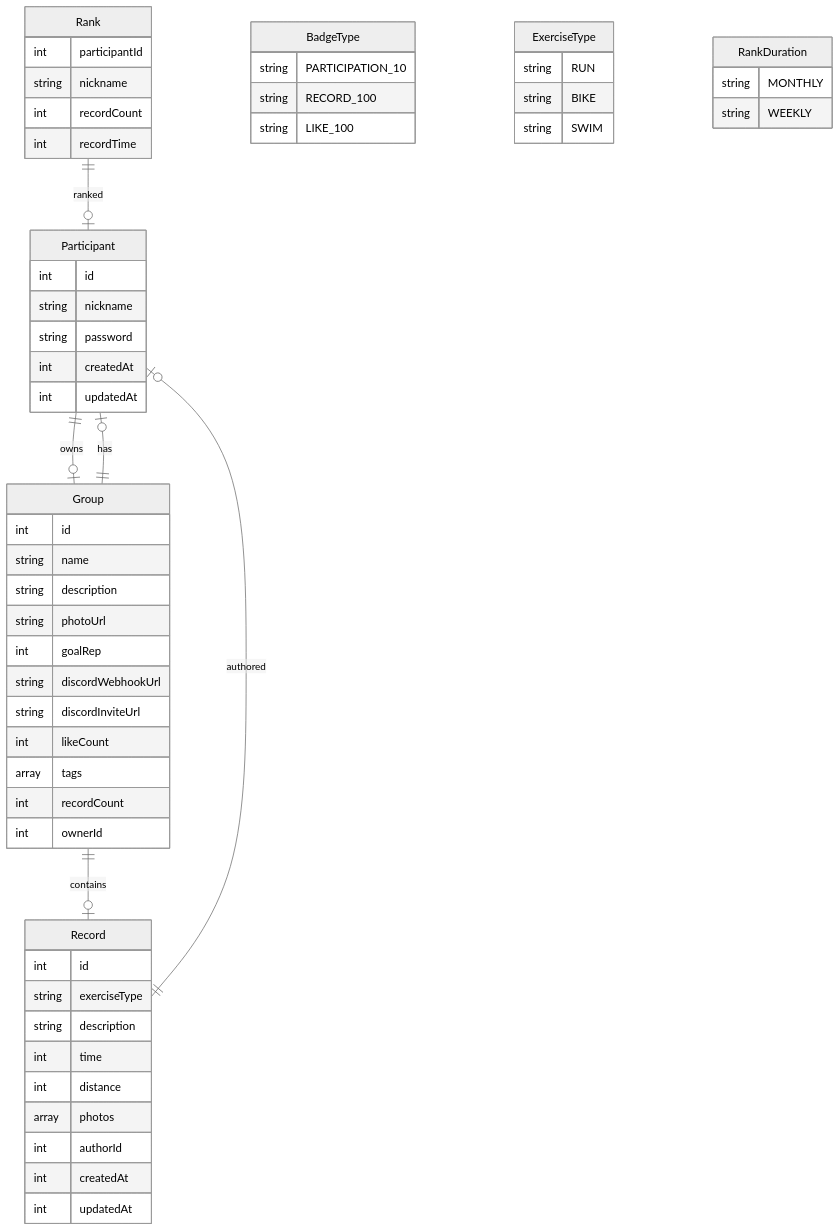
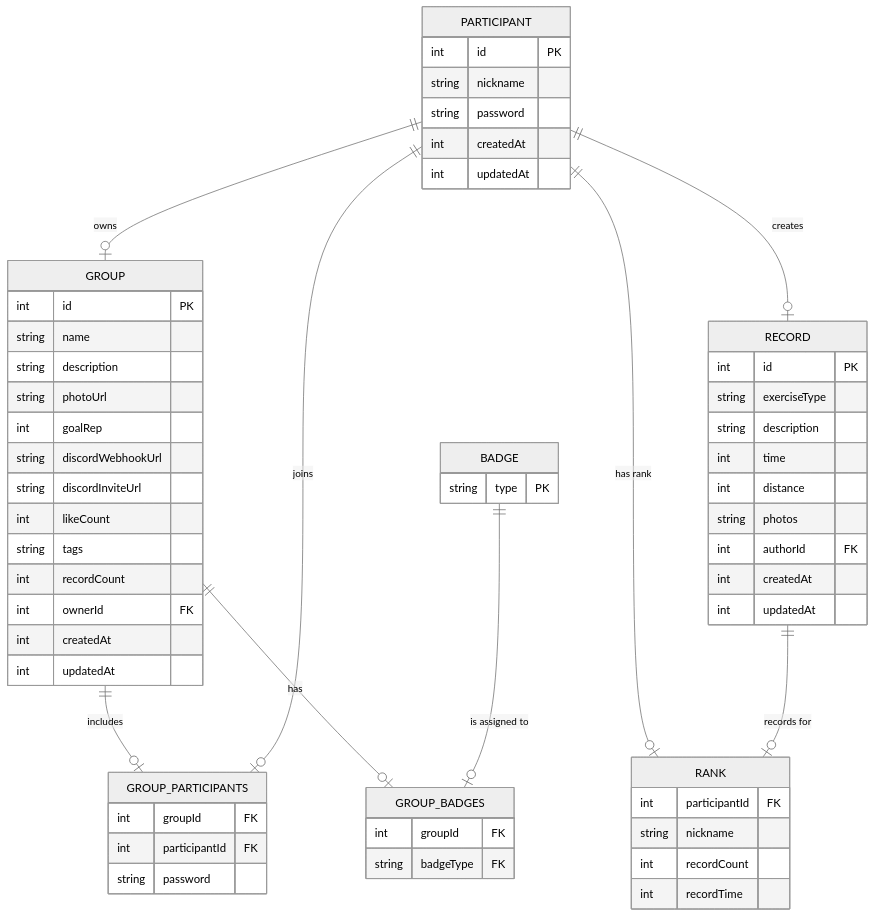
The diagram in README.md (funfungun/mermaid), drawn with Mermaid (neutral theme) before and after one commit.

````diff
--- a/README.md
+++ b/README.md
@@ -1,66 +1,69 @@
 ```mermaid
 erDiagram
-    Participant {
-        int id
+    PARTICIPANT {
+        int id PK
         string nickname
         string password
         int createdAt
         int updatedAt
     }
 
-    Group {
-        int id
+    GROUP {
+        int id PK
         string name
         string description
         string photoUrl
         int goalRep
         string discordWebhookUrl
         string discordInviteUrl
         int likeCount
-        array tags
+        string tags
         int recordCount
-        int ownerId
+        int ownerId FK
+        int createdAt
+        int updatedAt
     }
 
-    Record {
-        int id
+    GROUP_PARTICIPANTS {
+        int groupId FK
+        int participantId FK
+        string password
+    }
+
+    BADGE {
+        string type PK
+    }
+
+    GROUP_BADGES {
+        int groupId FK
+        string badgeType FK
+    }
+
+    RECORD {
+        int id PK
         string exerciseType
         string description
         int time
         int distance
-        array photos
-        int authorId
+        string photos
+        int authorId FK
         int createdAt
         int updatedAt
     }
 
-    Rank {
-        int participantId
+    RANK {
+        int participantId FK
         string nickname
         int recordCount
         int recordTime
     }
 
-    Participant ||--o| Group : owns
-    Group ||--o| Participant : has
-    Group ||--o| Record : contains
-    Record ||--o| Participant : authored
-    Rank ||--o| Participant : ranked
-
-    BadgeType {
-        string PARTICIPATION_10
-        string RECORD_100
-        string LIKE_100
-    }
-
-    ExerciseType {
-        string RUN
-        string BIKE
-        string SWIM
-    }
-
-    RankDuration {
-        string MONTHLY
-        string WEEKLY
-    }
+    PARTICIPANT ||--o| GROUP : "owns"
+    PARTICIPANT ||--o| RECORD : "creates"
+    GROUP ||--o| GROUP_PARTICIPANTS : "includes"
+    PARTICIPANT ||--o| GROUP_PARTICIPANTS : "joins"
+    GROUP ||--o| GROUP_BADGES : "has"
+    BADGE ||--o| GROUP_BADGES : "is assigned to"
+    PARTICIPANT ||--o| RANK : "has rank"
+    RECORD ||--o| RANK : "records for"
 ```
````
